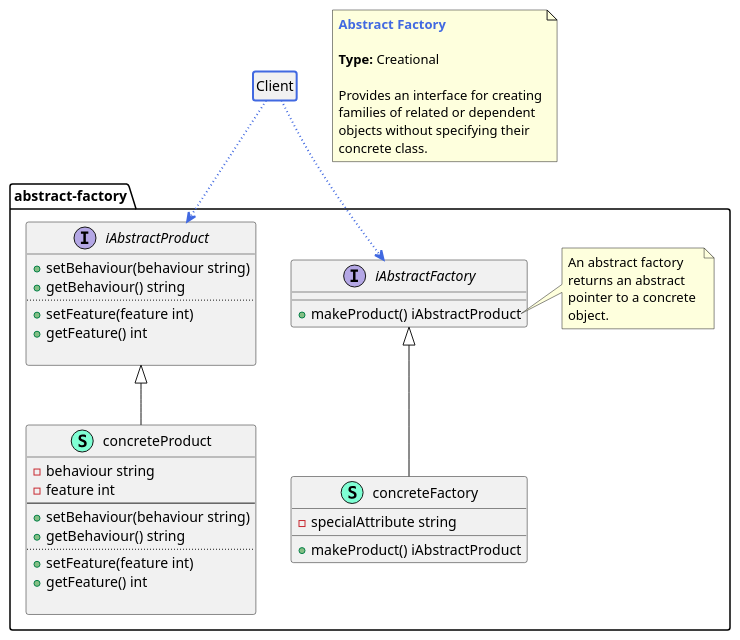
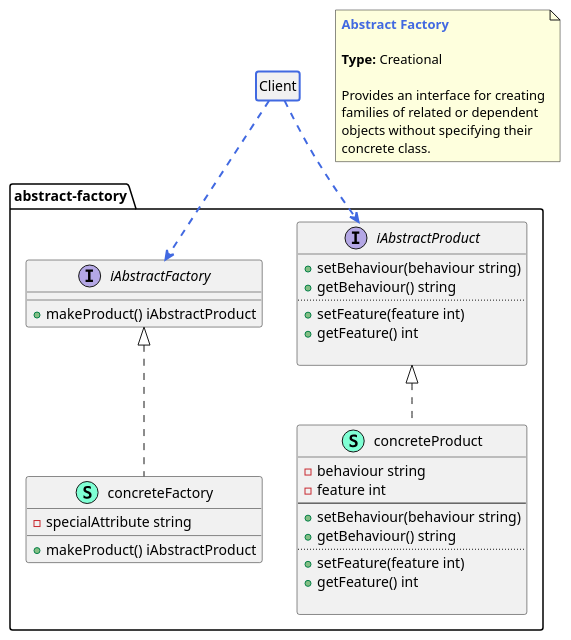
One commit to cloudemprise/go-dsgn-pttrn-abstract-factory changed the diagram in go-dsgn-pttrn-abstract-factory.puml. Above: the diagram before and after it, drawn with PlantUML. The commit also changed 1 other file, not shown here.

Commit message:
Fixed UML flaws

```diff
--- a/go-dsgn-pttrn-abstract-factory.puml
+++ b/go-dsgn-pttrn-abstract-factory.puml
@@ -1,62 +1,62 @@
 @startuml abstract-factory
 
 class Client #line.bold:royalBlue
 hide Client members
 hide Client circle
 
 namespace abstract-factory {
     interface iAbstractProduct  {
         + setBehaviour(behaviour string) 
         + getBehaviour() string
         ..
         + setFeature(feature int) 
         + getFeature() int
 
     }
     interface iAbstractFactory  {
         + makeProduct() iAbstractProduct
 
     }
     class concreteProduct << (S,Aquamarine) >> {
         - behaviour string
         - feature int
         --
         + setBehaviour(behaviour string) 
         + getBehaviour() string
         ..
         + setFeature(feature int) 
         + getFeature() int
 
     }
     class concreteFactory << (S,Aquamarine) >> {
         - specialAttribute string
 
         + makeProduct() iAbstractProduct
     }
 }
 
-"Client" -[dotted,thickness=2,#royalBlue]-> "abstract-factory.iAbstractFactory"
-"Client" -[dotted,thickness=2,#royalBlue]-> "abstract-factory.iAbstractProduct"
+"Client" -[dashed,thickness=2,#royalBlue]-> "abstract-factory.iAbstractFactory"
+"Client" -[dashed,thickness=2,#royalBlue]-> "abstract-factory.iAbstractProduct"
 
-"abstract-factory.iAbstractFactory" <|-- "abstract-factory.concreteFactory"
-"abstract-factory.iAbstractProduct" <|-- "abstract-factory.concreteProduct"
+"abstract-factory.iAbstractFactory" <|.. "abstract-factory.concreteFactory"
+"abstract-factory.iAbstractProduct" <|.. "abstract-factory.concreteProduct"
 
 note as N1
     <b><color:royalBlue>Abstract Factory</color></b>
 
     <b>Type:</b> Creational
 
     Provides an interface for creating
     families of related or dependent
     objects without specifying their
     concrete class.
 end note
 
-note right of abstract-factory.iAbstractFactory::iAbstractProduct
+/' note right of abstract-factory.iAbstractFactory::iAbstractProduct
     An abstract factory
     returns an abstract
     pointer to a concrete 
     object.
-end note
+end note '/
 
 @enduml
```
